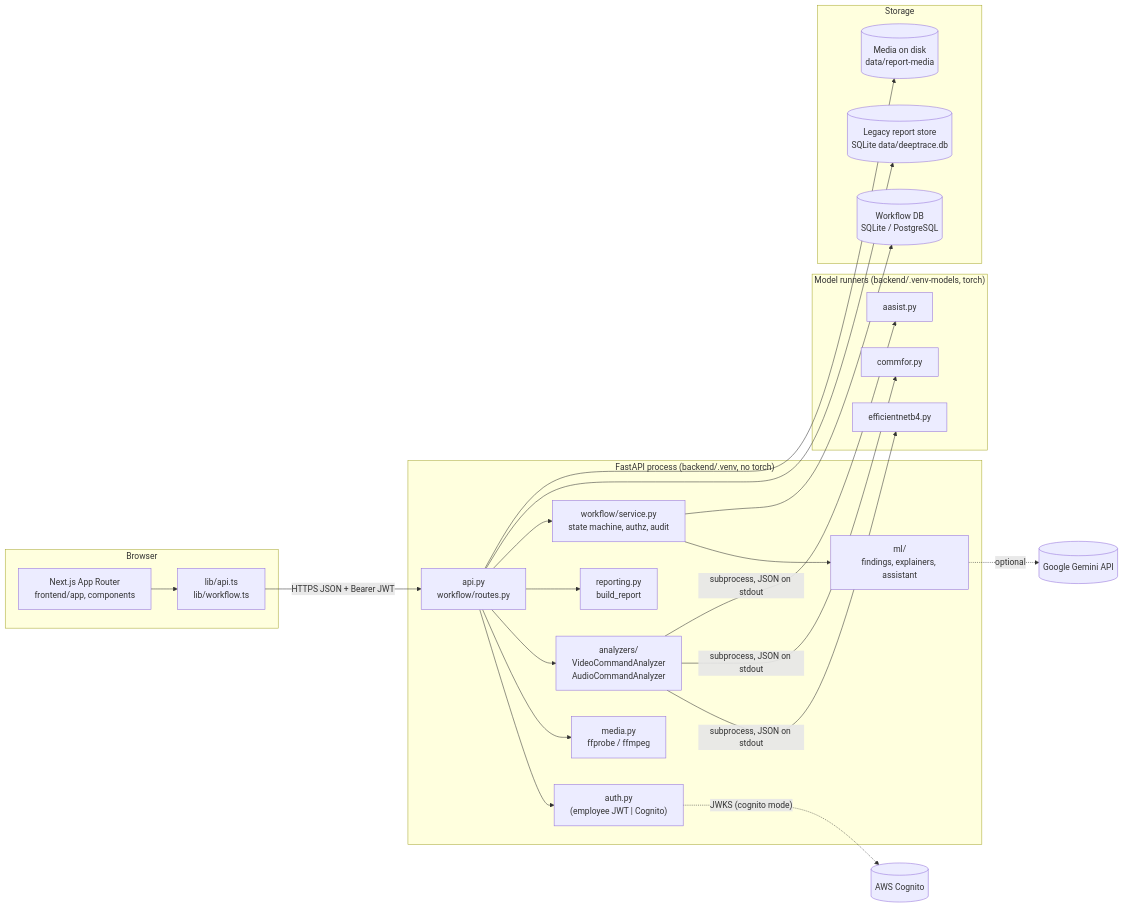
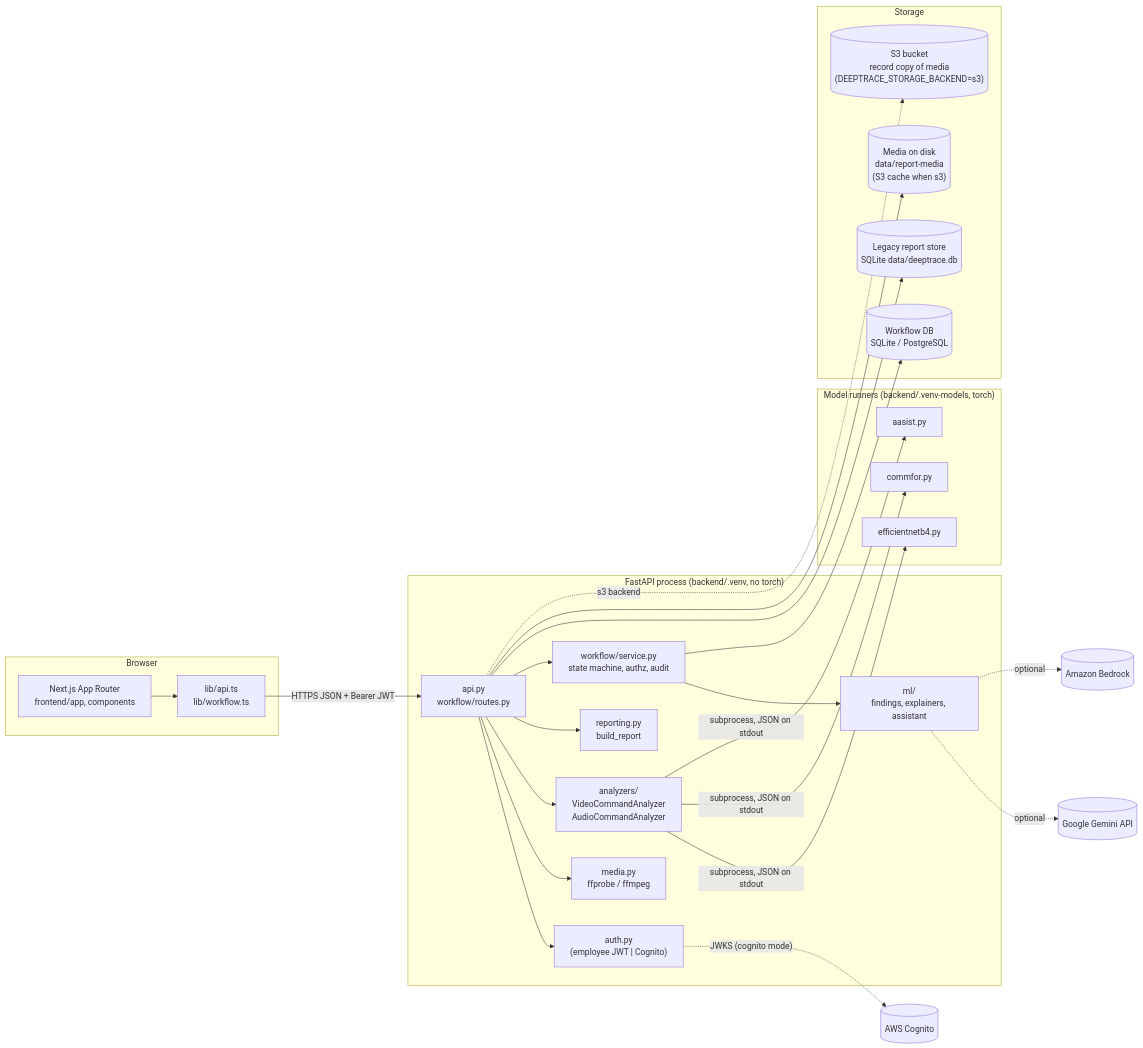
The diagram in docs/ARCHITECTURE.md (dols30/deeptrace), drawn with Mermaid before and after one commit. The commit also changed other lines of this file and 76 other files, not shown here.

````diff
--- a/docs/ARCHITECTURE.md
+++ b/docs/ARCHITECTURE.md
@@ -9,44 +9,47 @@
 ```mermaid
 flowchart LR
   subgraph Browser
     UI["Next.js App Router<br/>frontend/app, components"]
     Clients["lib/api.ts<br/>lib/workflow.ts"]
     UI --> Clients
   end
 
   subgraph API["FastAPI process (backend/.venv, no torch)"]
     Routes["api.py<br/>workflow/routes.py"]
     Auth["auth.py<br/>(employee JWT | Cognito)"]
     Media["media.py<br/>ffprobe / ffmpeg"]
     Analyzers["analyzers/<br/>VideoCommandAnalyzer<br/>AudioCommandAnalyzer"]
     Reporting["reporting.py<br/>build_report"]
     Service["workflow/service.py<br/>state machine, authz, audit"]
     ML["ml/<br/>findings, explainers, assistant"]
     Routes --> Auth
     Routes --> Media
     Routes --> Analyzers
     Routes --> Reporting
     Routes --> Service
     Service --> ML
   end
 
   subgraph Runners["Model runners (backend/.venv-models, torch)"]
     EFF["efficientnetb4.py"]
     CF["commfor.py"]
     AAS["aasist.py"]
   end
 
   subgraph Storage
     WDB[("Workflow DB<br/>SQLite / PostgreSQL")]
     LDB[("Legacy report store<br/>SQLite data/deeptrace.db")]
-    Disk[("Media on disk<br/>data/report-media")]
+    Disk[("Media on disk<br/>data/report-media<br/>(S3 cache when s3)")]
+    S3[("S3 bucket<br/>record copy of media<br/>(DEEPTRACE_STORAGE_BACKEND=s3)")]
   end
 
   Clients -- "HTTPS JSON + Bearer JWT" --> Routes
   Analyzers -- "subprocess, JSON on stdout" --> EFF & CF & AAS
   Service --> WDB
   Routes --> LDB
   Routes --> Disk
+  Routes -. "s3 backend" .-> S3
   Auth -. "JWKS (cognito mode)" .-> Cognito[(AWS Cognito)]
   ML -. "optional" .-> Gemini[(Google Gemini API)]
+  ML -. "optional" .-> Bedrock[(Amazon Bedrock)]
 ```
````
